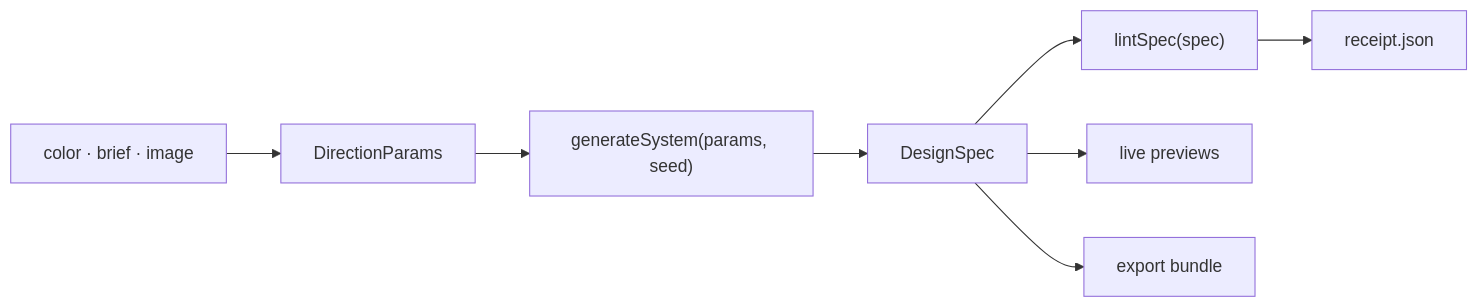
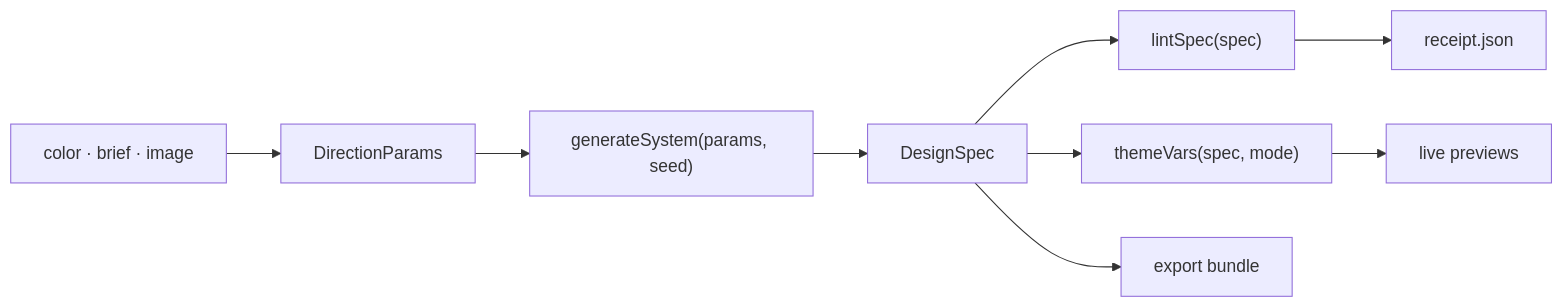
The diagram in README.md (Abdul-Muizz1310/dyelot), drawn with Mermaid before and after one commit. The commit also changed other lines of this file, not shown here.

````diff
--- a/README.md
+++ b/README.md
@@ -70,10 +87,11 @@
 ```mermaid
 flowchart LR
     Input["color · brief · image"] --> Params[DirectionParams]
     Params --> Engine["generateSystem(params, seed)"]
     Engine --> Spec[DesignSpec]
     Spec --> Lint["lintSpec(spec)"]
     Lint --> Receipt[receipt.json]
-    Spec --> Preview[live previews]
+    Spec --> Bridge["themeVars(spec, mode)"]
+    Bridge --> Preview[live previews]
     Spec --> Export[export bundle]
 ```
````
